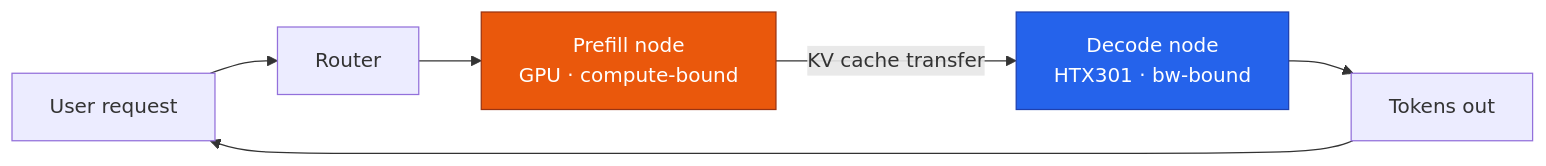
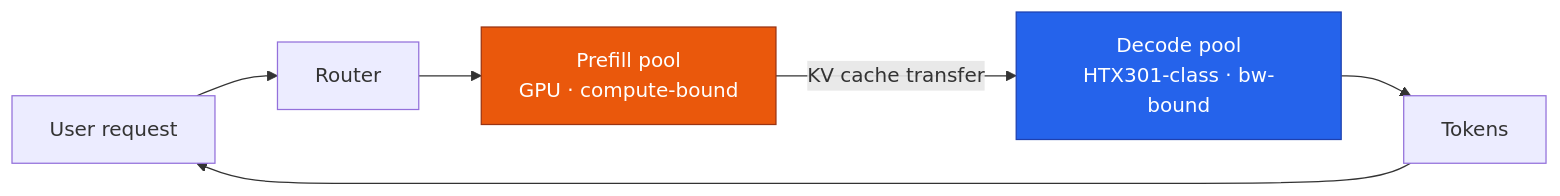
The third of 6 diagrams in 2026-Apr-30/2026-Apr-30_LLM_updates.md (voyarchie/llm-updates), drawn with Mermaid before and after one commit. The commit also changed other lines of this file and 2 other files, not shown here.

````diff
--- a/2026-Apr-30/2026-Apr-30_LLM_updates.md
+++ b/2026-Apr-30/2026-Apr-30_LLM_updates.md
@@ -176,12 +189,12 @@
 ```mermaid
 flowchart LR
     U[User request] --> R[Router]
-    R --> PF[Prefill node<br/>GPU · compute-bound]
-    PF -- KV cache transfer --> DC[Decode node<br/>HTX301 · bw-bound]
-    DC --> Tok[Tokens out]
+    R --> PF[Prefill pool<br/>GPU · compute-bound]
+    PF -- KV cache transfer --> DC[Decode pool<br/>HTX301-class · bw-bound]
+    DC --> Tok[Tokens]
     Tok --> U
     classDef pf fill:#ea580c,stroke:#9a3412,color:#fff
     classDef dc fill:#2563eb,stroke:#1e40af,color:#fff
     class PF pf
     class DC dc
 ```
````
